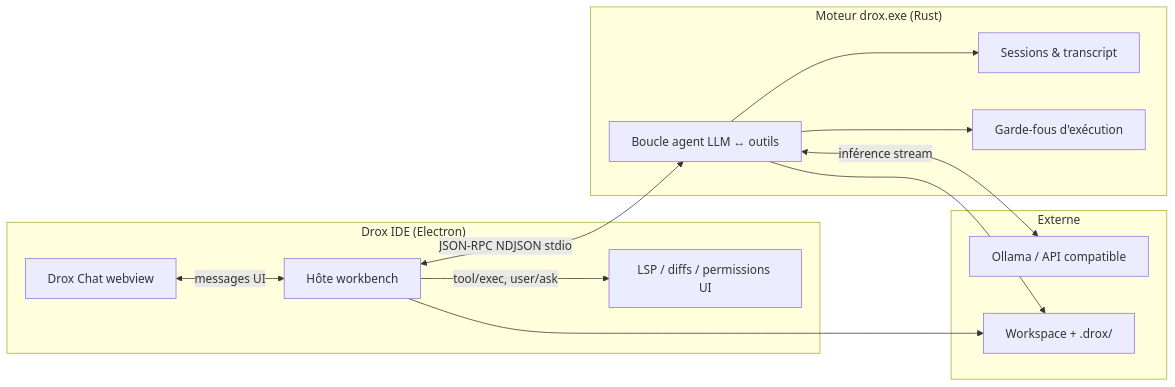
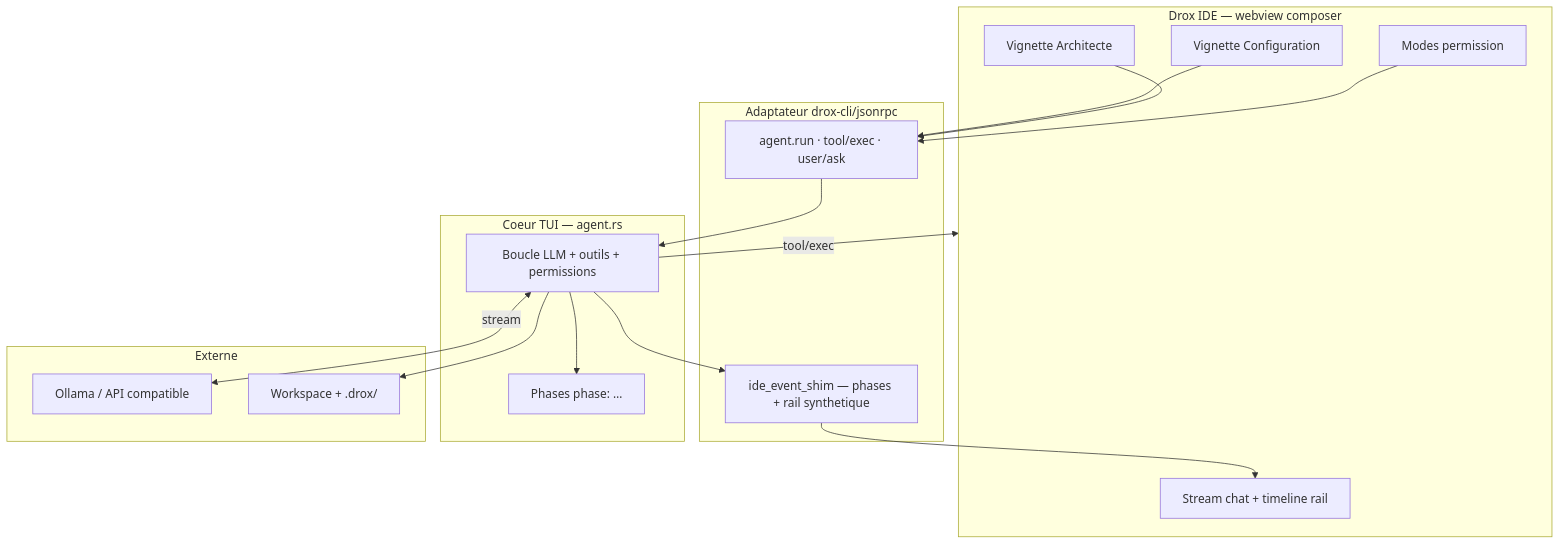
Before and after one commit to DroxKiwi/Drox---IDE---OR: the third of 7 diagrams in README.md, drawn with Mermaid. The commit also changed other lines of this file and 1 other file, not shown here.

First line of the commit message:
Docs: README et RELEASE_NOTES 1.5.0 — archi tui_mono.

````diff
--- a/README.md
+++ b/README.md
@@ -91,28 +91,35 @@
 ```mermaid
-flowchart LR
-  subgraph IDE["Drox IDE (Electron)"]
-    UI["Drox Chat webview"]
-    HOST["Hôte workbench"]
-    LSP["LSP / diffs / permissions UI"]
+flowchart TB
+  subgraph IDE["Drox IDE — webview composer"]
+    CFG["Vignette Configuration"]
+    ARC["Vignette Architecte"]
+    PERM["Modes permission"]
+    UI["Stream chat + timeline rail"]
   end
 
-  subgraph ENG["Moteur drox.exe (Rust)"]
-    LOOP["Boucle agent LLM ↔ outils"]
-    SESS["Sessions & transcript"]
-    GATES["Garde-fous d'exécution"]
+  subgraph SHIM["Adaptateur drox-cli/jsonrpc"]
+    RPC["agent.run · tool/exec · user/ask"]
+    EVT["ide_event_shim — phases + rail synthetique"]
+  end
+
+  subgraph CORE["Coeur TUI — agent.rs"]
+    LOOP["Boucle LLM + outils + permissions"]
+    PH["Phases phase: …"]
   end
 
   subgraph EXT["Externe"]
     OLL["Ollama / API compatible"]
     FS["Workspace + .drox/"]
   end
 
-  UI <-->|messages UI| HOST
-  HOST <-->|JSON-RPC NDJSON stdio| LOOP
-  LOOP <-->|inférence stream| OLL
-  LOOP --> SESS
-  LOOP --> GATES
-  HOST -->|tool/exec, user/ask| LSP
+  CFG --> RPC
+  ARC --> RPC
+  PERM --> RPC
+  RPC --> LOOP
+  LOOP --> PH
+  LOOP <-->|stream| OLL
   LOOP --> FS
-  HOST --> FS
+  LOOP -->|tool/exec| IDE
+  EVT --> UI
+  LOOP --> EVT
 ```
````
